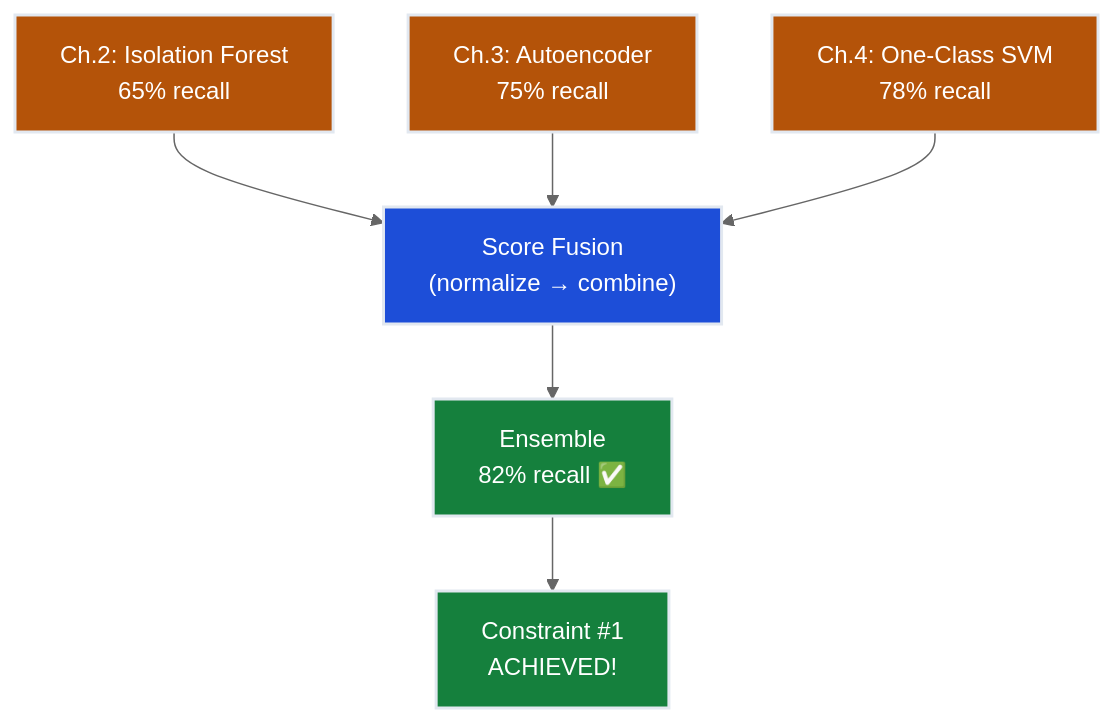
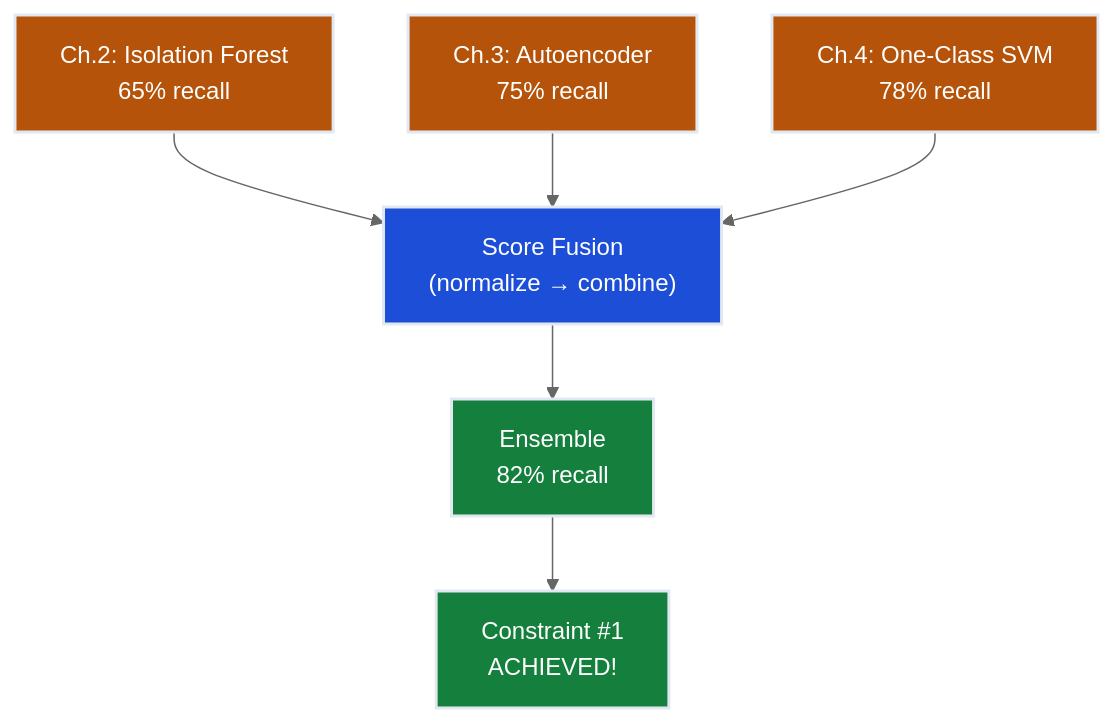
One commit to dsgouda7/ai-portfolio changed the first of 4 diagrams in notes/01-ml/05-anomaly-detection/ch05_ensemble_anomaly/README.md. Above: the diagram before and after it, drawn with Mermaid (neutral theme). The commit also changed other lines of this file and 179 other files, not shown here.

````diff
--- a/notes/01-ml/05-anomaly-detection/ch05_ensemble_anomaly/README.md
+++ b/notes/01-ml/05-anomaly-detection/ch05_ensemble_anomaly/README.md
@@ -43,16 +43,16 @@
 ```mermaid
 flowchart TD
-    IF["Ch.2: Isolation Forest\n65% recall"] --> FUSE
-    AE["Ch.3: Autoencoder\n75% recall"] --> FUSE
-    SVM["Ch.4: One-Class SVM\n78% recall"] --> FUSE
-    FUSE["Score Fusion\n(normalize → combine)"]
-    FUSE --> ENS["Ensemble\n82% recall ✅"]
-    ENS --> TARGET["Constraint #1\nACHIEVED!"]
+ IF["Ch.2: Isolation Forest\n65% recall"] --> FUSE
+ AE["Ch.3: Autoencoder\n75% recall"] --> FUSE
+ SVM["Ch.4: One-Class SVM\n78% recall"] --> FUSE
+ FUSE["Score Fusion\n(normalize → combine)"]
+ FUSE --> ENS["Ensemble\n82% recall "]
+ ENS --> TARGET["Constraint #1\nACHIEVED!"]
 
-    style IF fill:#b45309,stroke:#e2e8f0,stroke-width:2px,color:#ffffff
-    style AE fill:#b45309,stroke:#e2e8f0,stroke-width:2px,color:#ffffff
-    style SVM fill:#b45309,stroke:#e2e8f0,stroke-width:2px,color:#ffffff
-    style FUSE fill:#1d4ed8,stroke:#e2e8f0,stroke-width:2px,color:#ffffff
-    style ENS fill:#15803d,stroke:#e2e8f0,stroke-width:2px,color:#ffffff
-    style TARGET fill:#15803d,stroke:#e2e8f0,stroke-width:2px,color:#ffffff
+ style IF fill:#b45309,stroke:#e2e8f0,stroke-width:2px,color:#ffffff
+ style AE fill:#b45309,stroke:#e2e8f0,stroke-width:2px,color:#ffffff
+ style SVM fill:#b45309,stroke:#e2e8f0,stroke-width:2px,color:#ffffff
+ style FUSE fill:#1d4ed8,stroke:#e2e8f0,stroke-width:2px,color:#ffffff
+ style ENS fill:#15803d,stroke:#e2e8f0,stroke-width:2px,color:#ffffff
+ style TARGET fill:#15803d,stroke:#e2e8f0,stroke-width:2px,color:#ffffff
 ```
````
